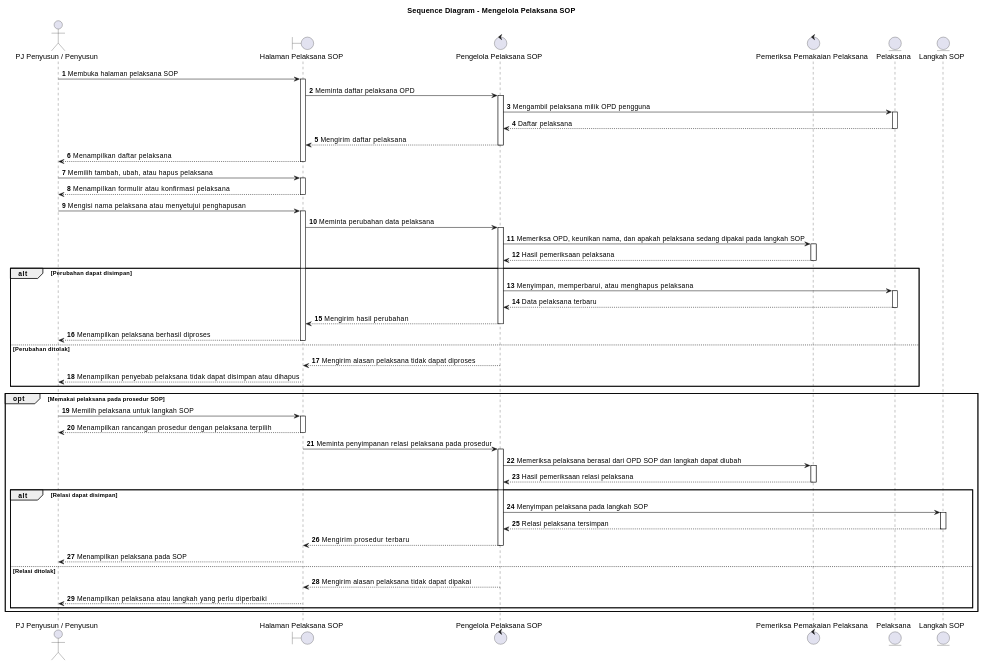
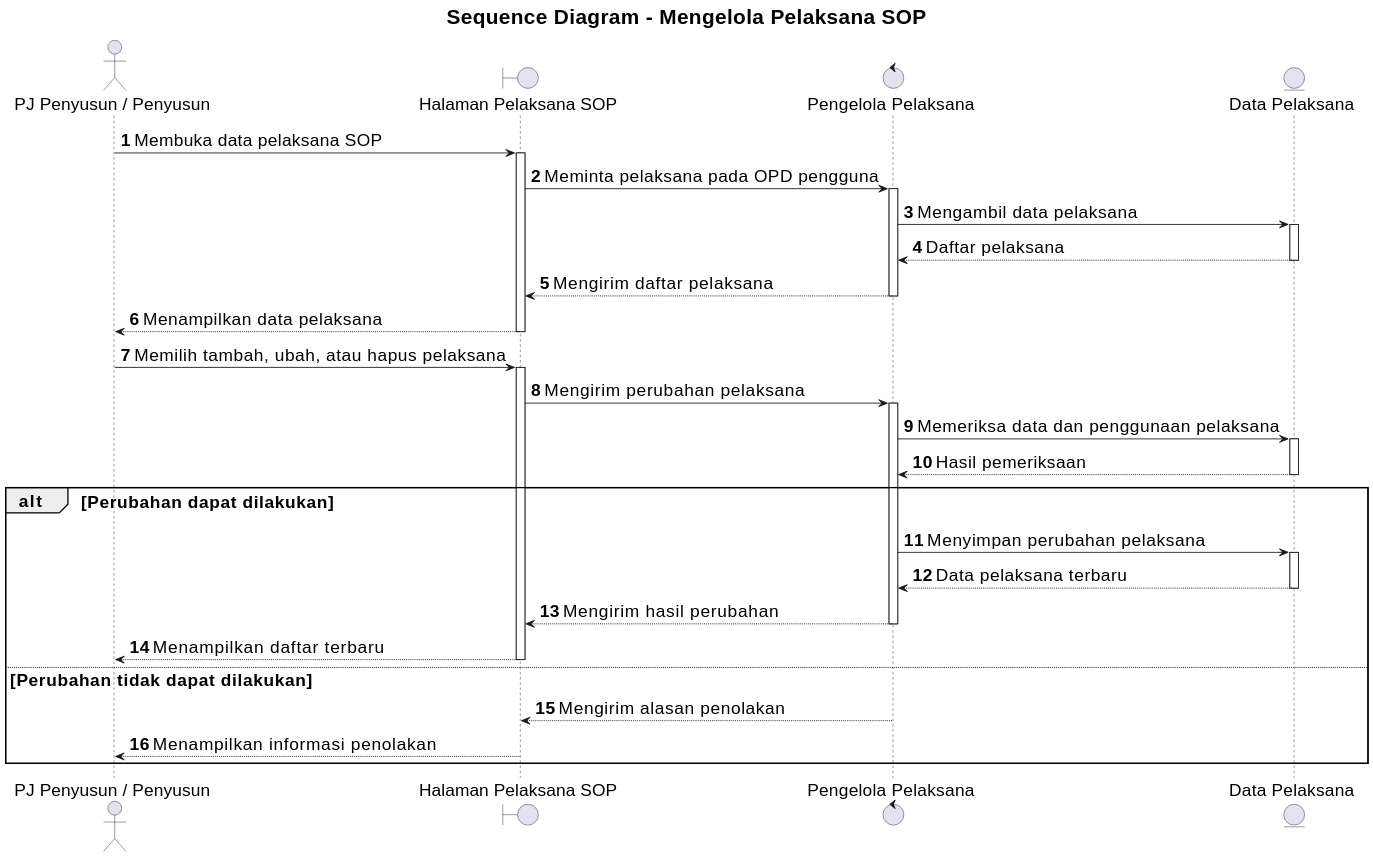
Before and after one commit to howlil/sop-generate-app: the diagram in docs/sequence/lampiran/pj-penyusun-penyusun-mengelola-pelaksana-sop.md, drawn with PlantUML. The commit also changed other lines of this file and 20 other files, not shown here.

Commit message:
docs(sequence): align all sequence diagrams with use cases

````diff
--- a/docs/sequence/lampiran/pj-penyusun-penyusun-mengelola-pelaksana-sop.md
+++ b/docs/sequence/lampiran/pj-penyusun-penyusun-mengelola-pelaksana-sop.md
@@ -16,55 +16,39 @@
 ```plantuml
 @startuml
+skinparam defaultFontSize 20
+skinparam titleFontSize 24
+skinparam dpi 160
+
 title Sequence Diagram - Mengelola Pelaksana SOP
 autonumber
 autoactivate on
 
 actor "PJ Penyusun / Penyusun" as A
 boundary "Halaman Pelaksana SOP" as B
-control "Pengelola Pelaksana SOP" as C
-control "Pemeriksa Pemakaian Pelaksana" as D
-entity "Pelaksana" as Pelaksana
-entity "Langkah SOP" as LangkahSOP
+control "Pengelola Pelaksana" as C
+entity "Data Pelaksana" as D
 
-A -> B : Membuka halaman pelaksana SOP
-B -> C : Meminta daftar pelaksana OPD
-C -> Pelaksana : Mengambil pelaksana milik OPD pengguna
-Pelaksana --> C : Daftar pelaksana
+A -> B : Membuka data pelaksana SOP
+B -> C : Meminta pelaksana pada OPD pengguna
+C -> D : Mengambil data pelaksana
+D --> C : Daftar pelaksana
 C --> B : Mengirim daftar pelaksana
-B --> A : Menampilkan daftar pelaksana
+B --> A : Menampilkan data pelaksana
 
 A -> B : Memilih tambah, ubah, atau hapus pelaksana
-B --> A : Menampilkan formulir atau konfirmasi pelaksana
-A -> B : Mengisi nama pelaksana atau menyetujui penghapusan
-B -> C : Meminta perubahan data pelaksana
-C -> D : Memeriksa OPD, keunikan nama, dan apakah pelaksana sedang dipakai pada langkah SOP
-D --> C : Hasil pemeriksaan pelaksana
-alt Perubahan dapat disimpan
-  C -> Pelaksana : Menyimpan, memperbarui, atau menghapus pelaksana
-  Pelaksana --> C : Data pelaksana terbaru
+B -> C : Mengirim perubahan pelaksana
+C -> D : Memeriksa data dan penggunaan pelaksana
+D --> C : Hasil pemeriksaan
+
+alt Perubahan dapat dilakukan
+  C -> D : Menyimpan perubahan pelaksana
+  D --> C : Data pelaksana terbaru
   C --> B : Mengirim hasil perubahan
-  B --> A : Menampilkan pelaksana berhasil diproses
-else Perubahan ditolak
-  C --> B : Mengirim alasan pelaksana tidak dapat diproses
-  B --> A : Menampilkan penyebab pelaksana tidak dapat disimpan atau dihapus
-end
-
-opt Memakai pelaksana pada prosedur SOP
-  A -> B : Memilih pelaksana untuk langkah SOP
-  B --> A : Menampilkan rancangan prosedur dengan pelaksana terpilih
-  B -> C : Meminta penyimpanan relasi pelaksana pada prosedur
-  C -> D : Memeriksa pelaksana berasal dari OPD SOP dan langkah dapat diubah
-  D --> C : Hasil pemeriksaan relasi pelaksana
-  alt Relasi dapat disimpan
-    C -> LangkahSOP : Menyimpan pelaksana pada langkah SOP
-    LangkahSOP --> C : Relasi pelaksana tersimpan
-    C --> B : Mengirim prosedur terbaru
-    B --> A : Menampilkan pelaksana pada SOP
-  else Relasi ditolak
-    C --> B : Mengirim alasan pelaksana tidak dapat dipakai
-    B --> A : Menampilkan pelaksana atau langkah yang perlu diperbaiki
-  end
+  B --> A : Menampilkan daftar terbaru
+else Perubahan tidak dapat dilakukan
+  C --> B : Mengirim alasan penolakan
+  B --> A : Menampilkan informasi penolakan
 end
 
 @enduml
 ```
````
